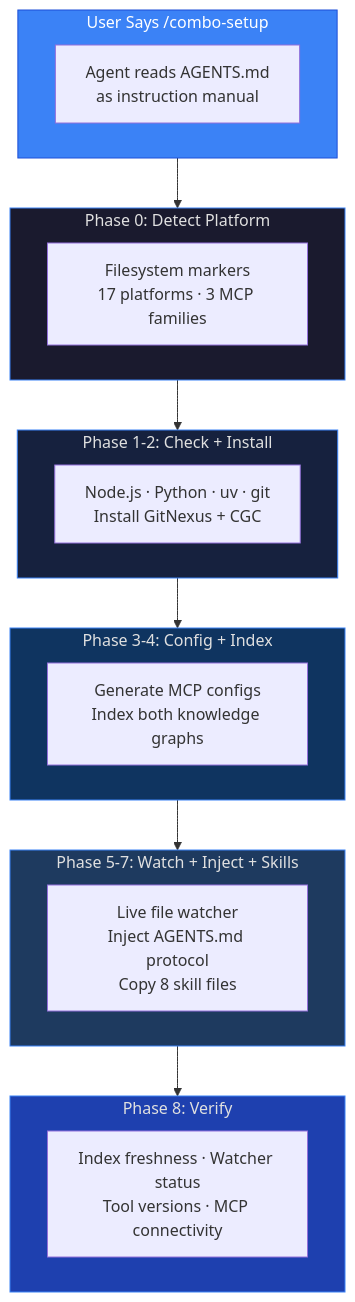
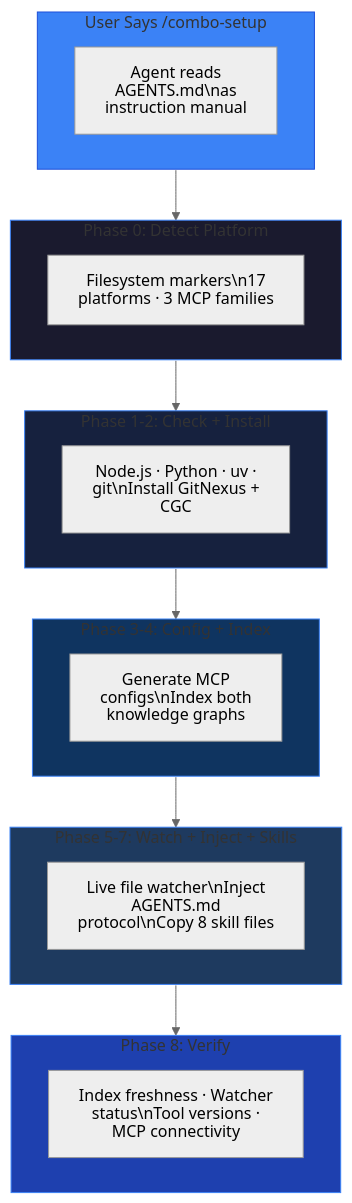
One commit to Im-Busy/gitnexus-cgc-combo changed the diagram in README.md. Above: the diagram before and after it, drawn with Mermaid.

Commit message:
fix: correct Mermaid syntax — subgraph labels, markdown strings, frontmatter config

````diff
--- a/README.md
+++ b/README.md
@@ -19,38 +19,43 @@
 ```mermaid
+---
+config:
+  theme: neutral
+  htmlLabels: false
+---
 graph TB
-    subgraph INPUT["User Says /combo-setup"]
-        U1["Agent reads AGENTS.md<br/>as instruction manual"]
+    subgraph INPUT [User Says /combo-setup]
+        U1["`Agent reads AGENTS.md\nas instruction manual`"]
     end
 
     INPUT --> P0
-    subgraph P0["Phase 0: Detect Platform"]
-        D1["Filesystem markers<br/>17 platforms · 3 MCP families"]
+    subgraph P0 [Phase 0: Detect Platform]
+        D1["`Filesystem markers\n17 platforms · 3 MCP families`"]
     end
 
     P0 --> P1
-    subgraph P1["Phase 1-2: Check + Install"]
-        E1["Node.js · Python · uv · git<br/>Install GitNexus + CGC"]
+    subgraph P1 [Phase 1-2: Check + Install]
+        E1["`Node.js · Python · uv · git\nInstall GitNexus + CGC`"]
     end
 
     P1 --> P2
-    subgraph P2["Phase 3-4: Config + Index"]
-        C1["Generate MCP configs<br/>Index both knowledge graphs"]
+    subgraph P2 [Phase 3-4: Config + Index]
+        C1["`Generate MCP configs\nIndex both knowledge graphs`"]
     end
 
     P2 --> P3
-    subgraph P3["Phase 5-7: Watch + Inject + Skills"]
-        W1["Live file watcher<br/>Inject AGENTS.md protocol<br/>Copy 8 skill files"]
+    subgraph P3 [Phase 5-7: Watch + Inject + Skills]
+        W1["`Live file watcher\nInject AGENTS.md protocol\nCopy 8 skill files`"]
     end
 
     P3 --> P4
-    subgraph P4["Phase 8: Verify"]
-        V1["Index freshness · Watcher status<br/>Tool versions · MCP connectivity"]
+    subgraph P4 [Phase 8: Verify]
+        V1["`Index freshness · Watcher status\nTool versions · MCP connectivity`"]
     end
 
     style INPUT fill:#3b82f6,stroke:#1d4ed8,color:#fff
     style P0 fill:#1a1a2e,stroke:#3b82f6,color:#e0e0e0
     style P1 fill:#16213e,stroke:#3b82f6,color:#e0e0e0
     style P2 fill:#0f3460,stroke:#3b82f6,color:#e0e0e0
     style P3 fill:#1e3a5f,stroke:#3b82f6,color:#e0e0e0
     style P4 fill:#1e40af,stroke:#3b82f6,color:#e0e0e0
 ```
````
